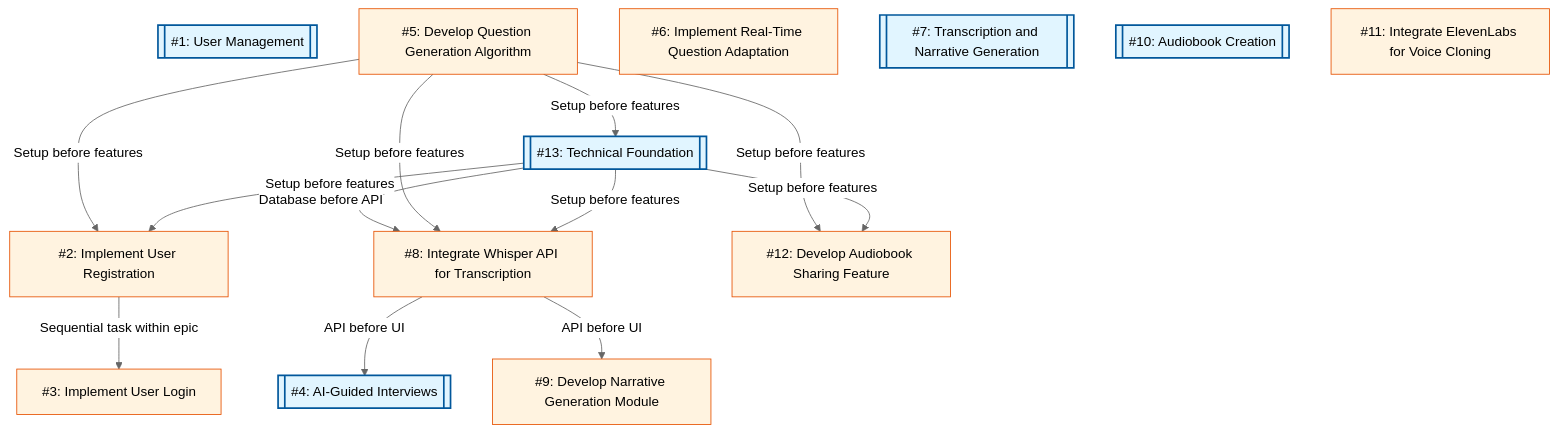
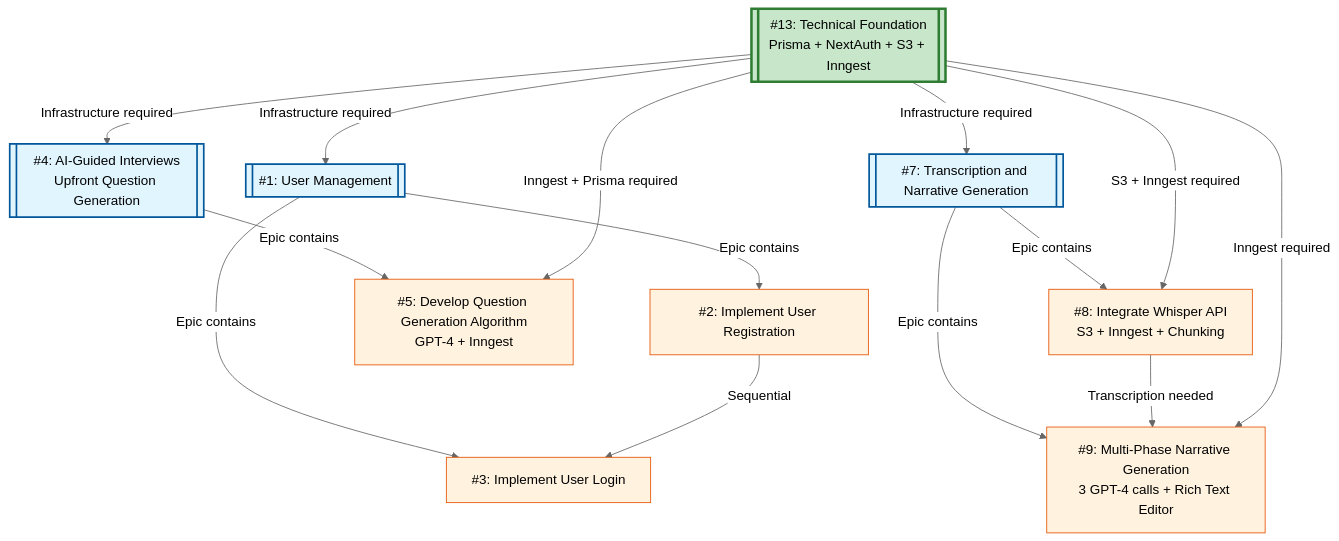
The first of 2 diagrams in confabulator/dependency-graph.md (chris-gs4/my-family-story-archive), drawn with Mermaid (neutral theme) before and after one commit. The commit also changed other lines of this file and 3 other files, not shown here.

Commit message:
Updated implementation plan and dependency graph

````diff
--- a/confabulator/dependency-graph.md
+++ b/confabulator/dependency-graph.md
@@ -3,34 +5,41 @@
 ```mermaid
 graph TD
 
+  13[[#13: Technical Foundation<br/>Prisma + NextAuth + S3 + Inngest]]
   1[[#1: User Management]]
   2[#2: Implement User Registration]
   3[#3: Implement User Login]
-  4[[#4: AI-Guided Interviews]]
-  5[#5: Develop Question Generation Algorithm]
-  6[#6: Implement Real-Time Question Adaptation]
+  4[[#4: AI-Guided Interviews<br/>Upfront Question Generation]]
+  5[#5: Develop Question Generation Algorithm<br/>GPT-4 + Inngest]
   7[[#7: Transcription and Narrative Generation]]
-  8[#8: Integrate Whisper API for Transcription]
-  9[#9: Develop Narrative Generation Module]
-  10[[#10: Audiobook Creation]]
-  11[#11: Integrate ElevenLabs for Voice Cloning]
-  12[#12: Develop Audiobook Sharing Feature]
-  13[[#13: Technical Foundation]]
+  8[#8: Integrate Whisper API<br/>S3 + Inngest + Chunking]
+  9[#9: Multi-Phase Narrative Generation<br/>3 GPT-4 calls + Rich Text Editor]
 
-  2 -->|Sequential task within epic| 3
-  13 -->|Database before API| 8
-  8 -->|API before UI| 4
-  8 -->|API before UI| 9
-  5 -->|Setup before features| 2
-  5 -->|Setup before features| 8
-  5 -->|Setup before features| 12
-  5 -->|Setup before features| 13
-  13 -->|Setup before features| 2
-  13 -->|Setup before features| 8
-  13 -->|Setup before features| 12
+  %% Foundation dependencies
+  13 -->|Infrastructure required| 1
+  13 -->|Infrastructure required| 4
+  13 -->|Infrastructure required| 7
+
+  %% User Management flow
+  1 -->|Epic contains| 2
+  1 -->|Epic contains| 3
+  2 -->|Sequential| 3
+
+  %% AI-Guided Interviews flow
+  4 -->|Epic contains| 5
+  13 -->|Inngest + Prisma required| 5
+
+  %% Transcription & Narrative flow
+  7 -->|Epic contains| 8
+  7 -->|Epic contains| 9
+  13 -->|S3 + Inngest required| 8
+  8 -->|Transcription needed| 9
+  13 -->|Inngest required| 9
 
   classDef epicStyle fill:#e1f5ff,stroke:#01579b,stroke-width:2px
   classDef taskStyle fill:#fff3e0,stroke:#e65100,stroke-width:1px
-  class 1,4,7,10,13 epicStyle
-  class 2,3,5,6,8,9,11,12 taskStyle
+  classDef foundationStyle fill:#c8e6c9,stroke:#2e7d32,stroke-width:3px
+  class 1,4,7 epicStyle
+  class 2,3,5,8,9 taskStyle
+  class 13 foundationStyle
 ```
````
